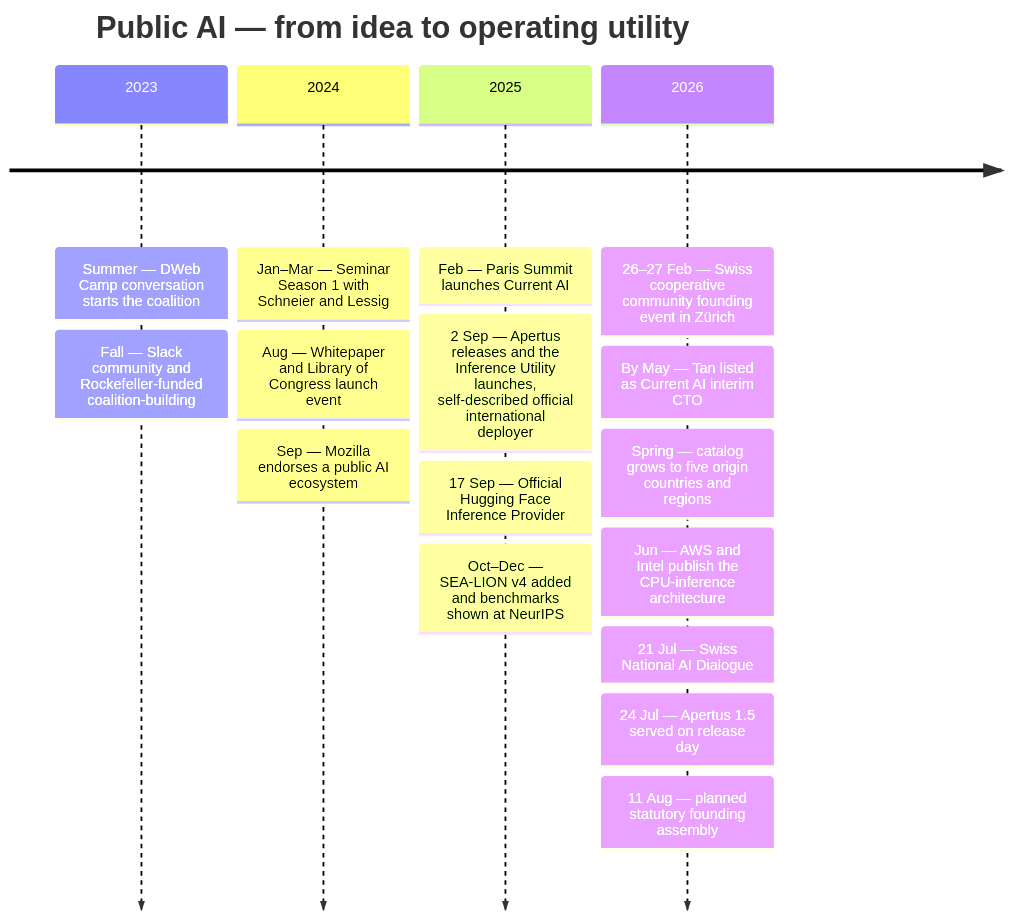
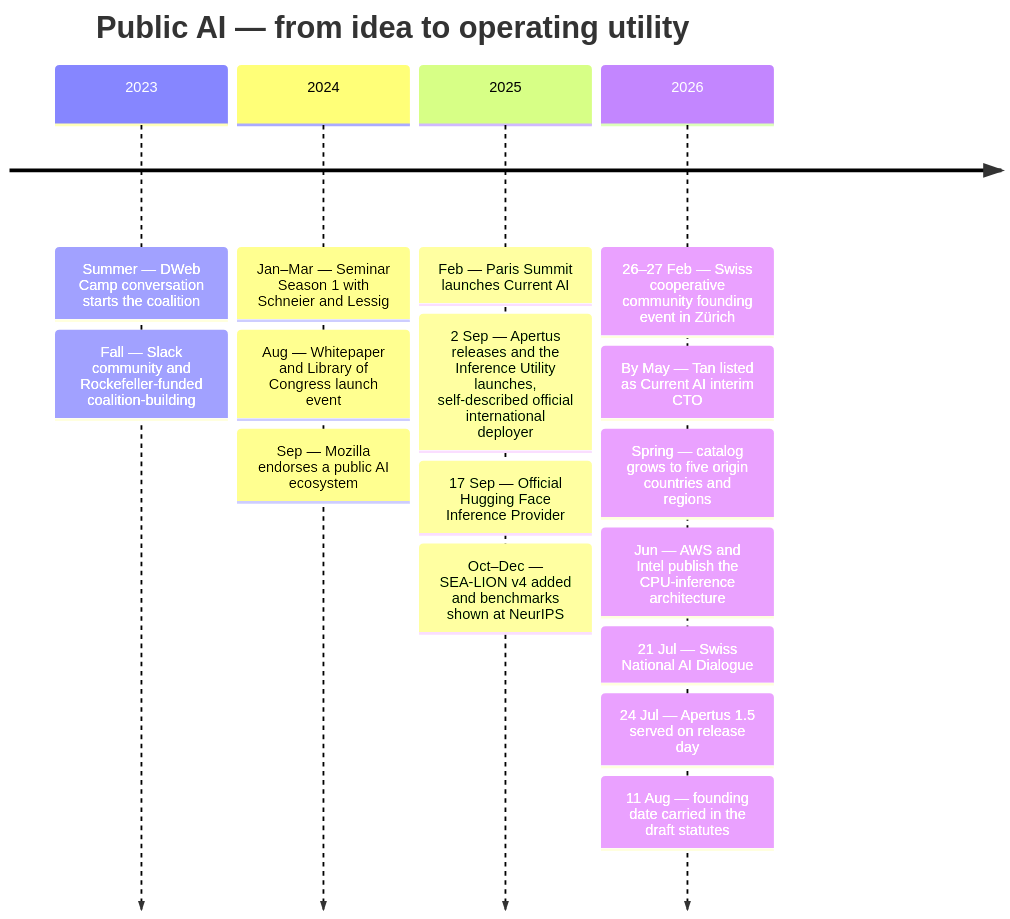
Before and after one commit to robertschaub/our-ai-charter: the second of 4 diagrams in docs/wip/public-ai-what-they-build.md, drawn with Mermaid. The commit also changed other lines of this file and 6 other files, not shown here.

````diff
--- a/docs/wip/public-ai-what-they-build.md
+++ b/docs/wip/public-ai-what-they-build.md
@@ -57,8 +57,8 @@
 ```mermaid
 timeline
     title Public AI — from idea to operating utility
     2023 : Summer — DWeb Camp conversation starts the coalition : Fall — Slack community and Rockefeller-funded coalition-building
     2024 : Jan–Mar — Seminar Season 1 with Schneier and Lessig : Aug — Whitepaper and Library of Congress launch event : Sep — Mozilla endorses a public AI ecosystem
     2025 : Feb — Paris Summit launches Current AI : 2 Sep — Apertus releases and the Inference Utility launches, self-described official international deployer : 17 Sep — Official Hugging Face Inference Provider : Oct–Dec — SEA-LION v4 added and benchmarks shown at NeurIPS
-    2026 : 26–27 Feb — Swiss cooperative community founding event in Zürich : By May — Tan listed as Current AI interim CTO : Spring — catalog grows to five origin countries and regions : Jun — AWS and Intel publish the CPU-inference architecture : 21 Jul — Swiss National AI Dialogue : 24 Jul — Apertus 1.5 served on release day : 11 Aug — planned statutory founding assembly
+    2026 : 26–27 Feb — Swiss cooperative community founding event in Zürich : By May — Tan listed as Current AI interim CTO : Spring — catalog grows to five origin countries and regions : Jun — AWS and Intel publish the CPU-inference architecture : 21 Jul — Swiss National AI Dialogue : 24 Jul — Apertus 1.5 served on release day : 11 Aug — founding date carried in the draft statutes
 ```
````
